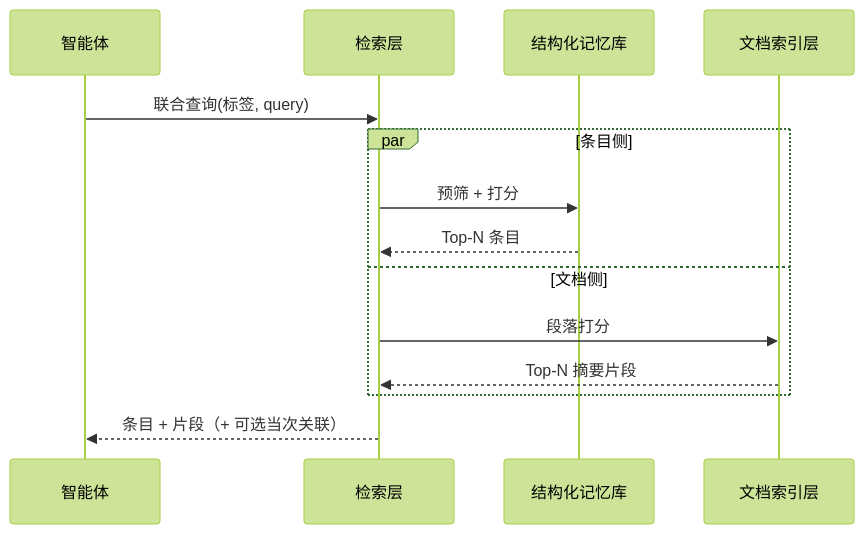
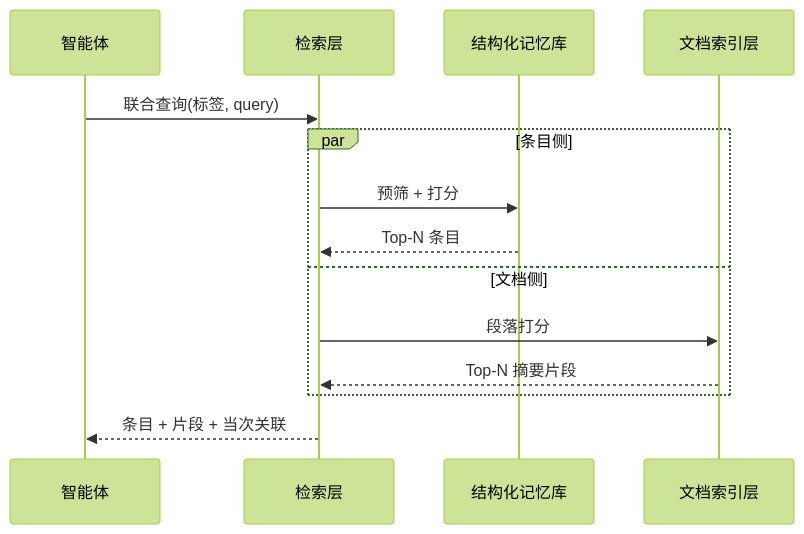
One commit to SteamedBread2333/imprint changed the fifth of 7 diagrams in docs/agent-memory-token.zh.md. Above: the diagram before and after it, drawn with Mermaid (forest theme). The commit also changed other lines of this file and 3 other files, not shown here.

````diff
--- a/docs/agent-memory-token.zh.md
+++ b/docs/agent-memory-token.zh.md
@@ -166,17 +153,17 @@
 ```mermaid
 sequenceDiagram
   participant A as 智能体
   participant R as 检索层
   participant V as 结构化记忆库
   participant S as 文档索引层
 
   A->>R: 联合查询(标签, query)
   par 条目侧
     R->>V: 预筛 + 打分
     V-->>R: Top-N 条目
   and 文档侧
     R->>S: 段落打分
     S-->>R: Top-N 摘要片段
   end
-  R-->>A: 条目 + 片段（+ 可选当次关联）
+  R-->>A: 条目 + 片段 + 当次关联
 ```
````
